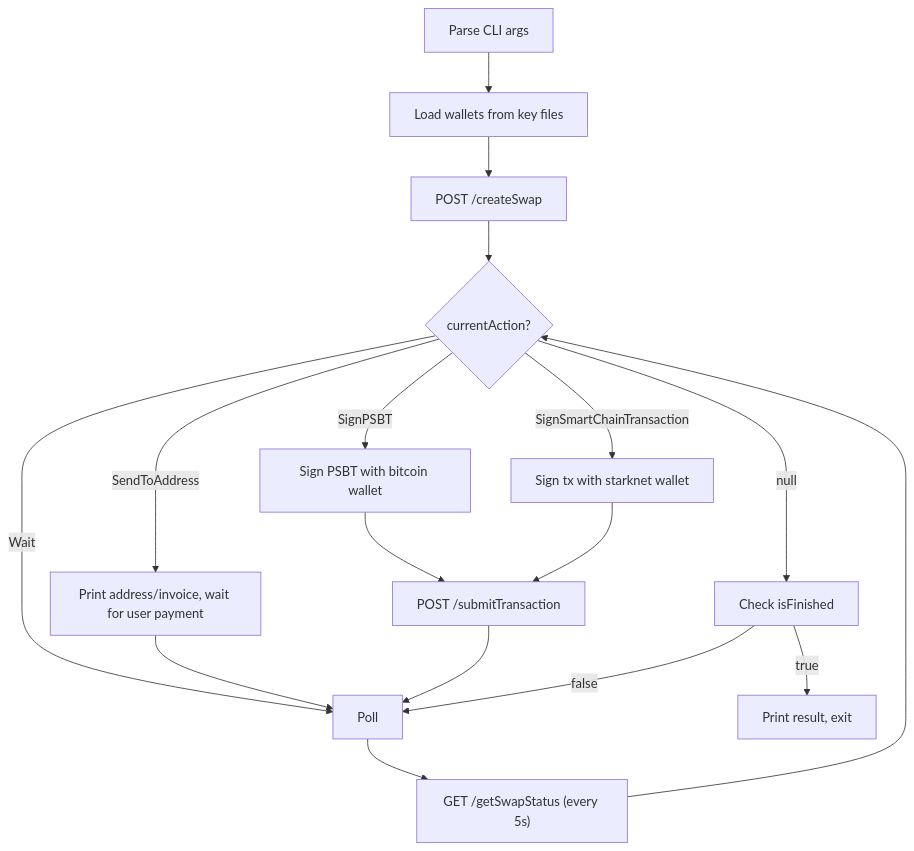
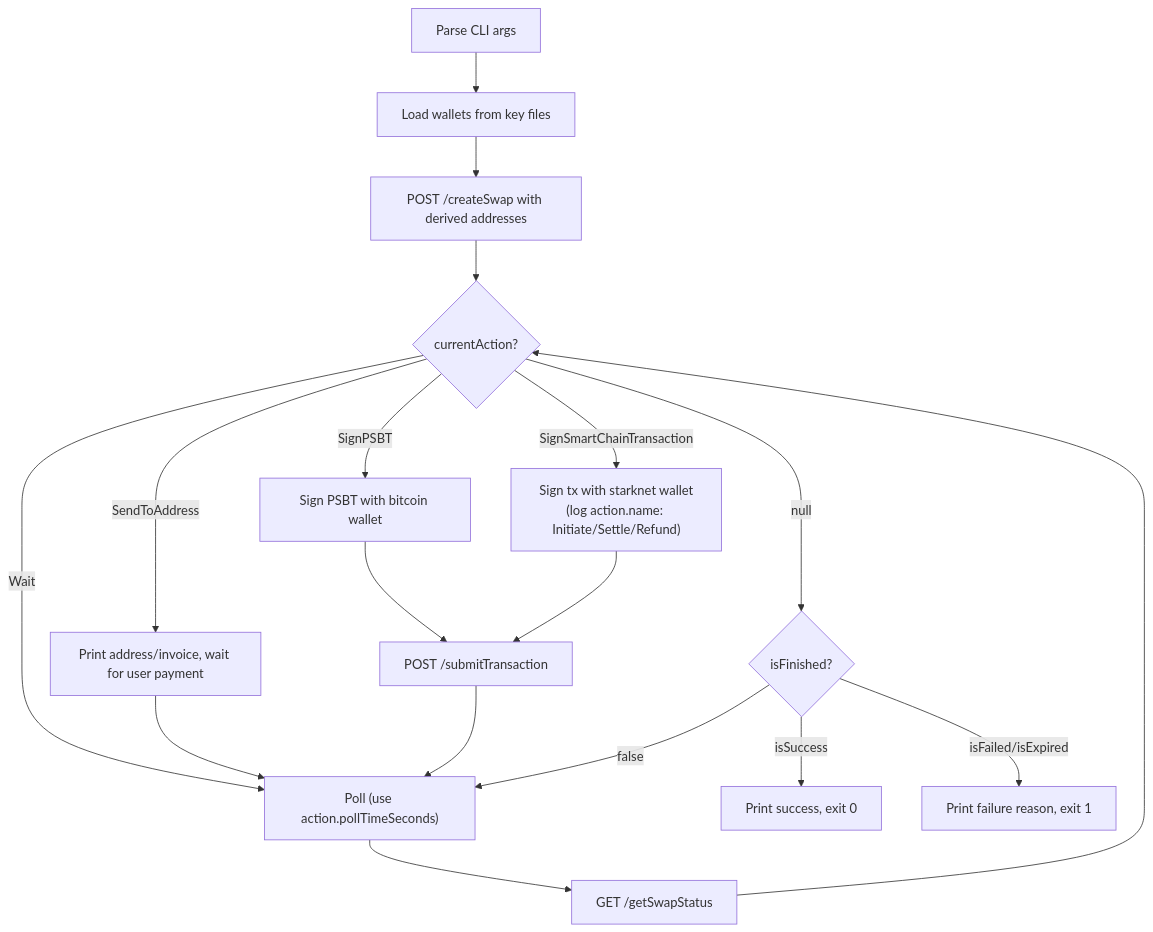
The diagram in docs/superpowers/specs/2026-03-25-test-swap-cli-design.md (atomiqlabs/atomiq-api-docker), drawn with Mermaid before and after one commit. The commit also changed other lines of this file, not shown here.

Commit message:
Update test-swap CLI spec: address resolution, secret handling, terminal states

````diff
--- a/docs/superpowers/specs/2026-03-25-test-swap-cli-design.md
+++ b/docs/superpowers/specs/2026-03-25-test-swap-cli-design.md
@@ -29,19 +32,20 @@
 ```mermaid
 flowchart TD
     A["Parse CLI args"] --> B["Load wallets from key files"]
-    B --> C["POST /createSwap"]
+    B --> C["POST /createSwap with derived addresses"]
     C --> D{"currentAction?"}
     D -->|"SignPSBT"| E["Sign PSBT with bitcoin wallet"]
-    D -->|"SignSmartChainTransaction"| F["Sign tx with starknet wallet"]
+    D -->|"SignSmartChainTransaction"| F["Sign tx with starknet wallet<br/>(log action.name: Initiate/Settle/Refund)"]
     D -->|"SendToAddress"| G["Print address/invoice, wait for user payment"]
-    D -->|"Wait"| H["Poll"]
-    D -->|"null"| I["Check isFinished"]
+    D -->|"Wait"| H["Poll (use action.pollTimeSeconds)"]
+    D -->|"null"| I{"isFinished?"}
     E --> J["POST /submitTransaction"]
     F --> J
     G --> H
     J --> H
-    H --> K["GET /getSwapStatus (every 5s)"]
+    H --> K["GET /getSwapStatus"]
     K --> D
-    I -->|"true"| L["Print result, exit"]
+    I -->|"isSuccess"| L["Print success, exit 0"]
+    I -->|"isFailed/isExpired"| M["Print failure reason, exit 1"]
     I -->|"false"| H
 ```
````
